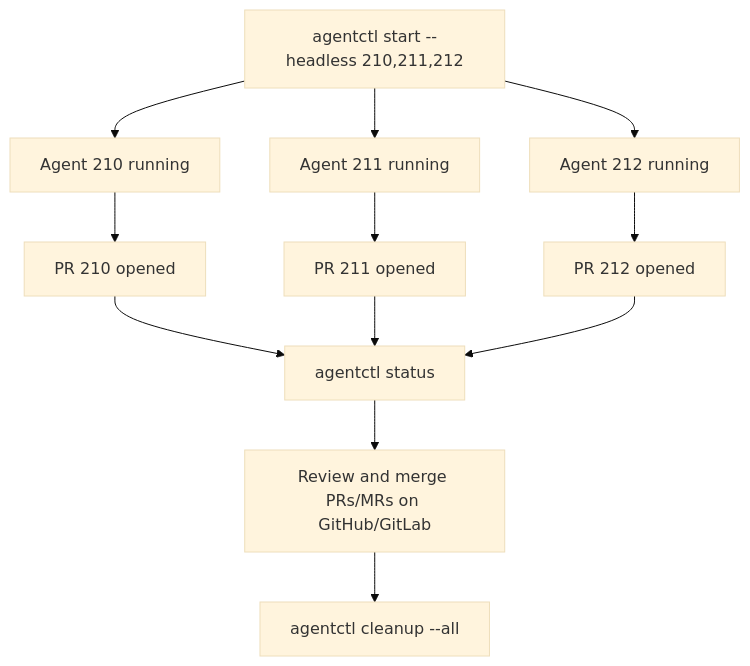
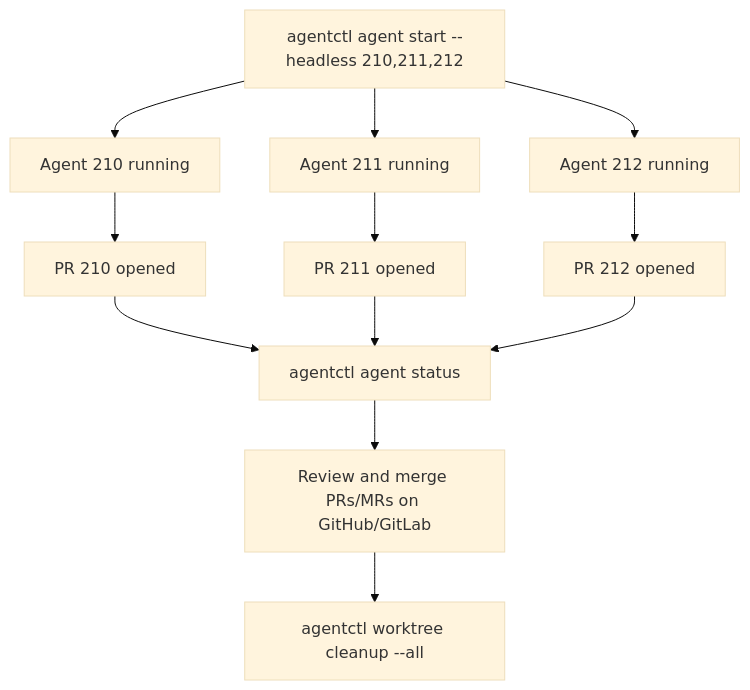
Before and after one commit to arun-gupta/agentctl: the third of 4 diagrams in docs/cli.md, drawn with Mermaid (base theme). The commit also changed other lines of this file and 4 other files, not shown here.

````diff
--- a/docs/cli.md
+++ b/docs/cli.md
@@ -120,12 +119,12 @@
 ```mermaid
 flowchart TD
-    A[agentctl start --headless 210,211,212] --> B1[Agent 210 running]
+    A[agentctl agent start --headless 210,211,212] --> B1[Agent 210 running]
     A --> B2[Agent 211 running]
     A --> B3[Agent 212 running]
     B1 --> C1[PR 210 opened]
     B2 --> C2[PR 211 opened]
     B3 --> C3[PR 212 opened]
-    C1 & C2 & C3 --> D[agentctl status]
+    C1 & C2 & C3 --> D[agentctl agent status]
     D --> E[Review and merge PRs/MRs on GitHub/GitLab]
-    E --> F[agentctl cleanup --all]
+    E --> F[agentctl worktree cleanup --all]
 ```
````
